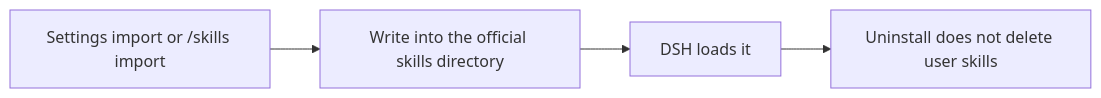
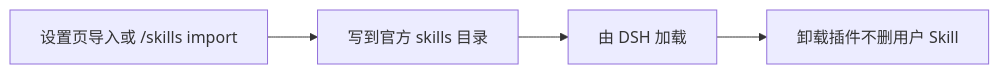
The fourth of 4 diagrams in README.md (xunnychen/dsh-purge), drawn with Mermaid before and after one commit. The commit also changed other lines of this file and 4 other files, not shown here.

````diff
--- a/README.md
+++ b/README.md
@@ -532,6 +563,6 @@
 ```mermaid
 flowchart LR
-  A["Settings import or /skills import"] --> B["Write into the official skills directory"]
-  B --> C["DSH loads it"]
-  C --> D["Uninstall does not delete user skills"]
+  A["设置页导入或 /skills import"] --> B["写到官方 skills 目录"]
+  B --> C["由 DSH 加载"]
+  C --> D["卸载插件不删用户 Skill"]
 ```
````
